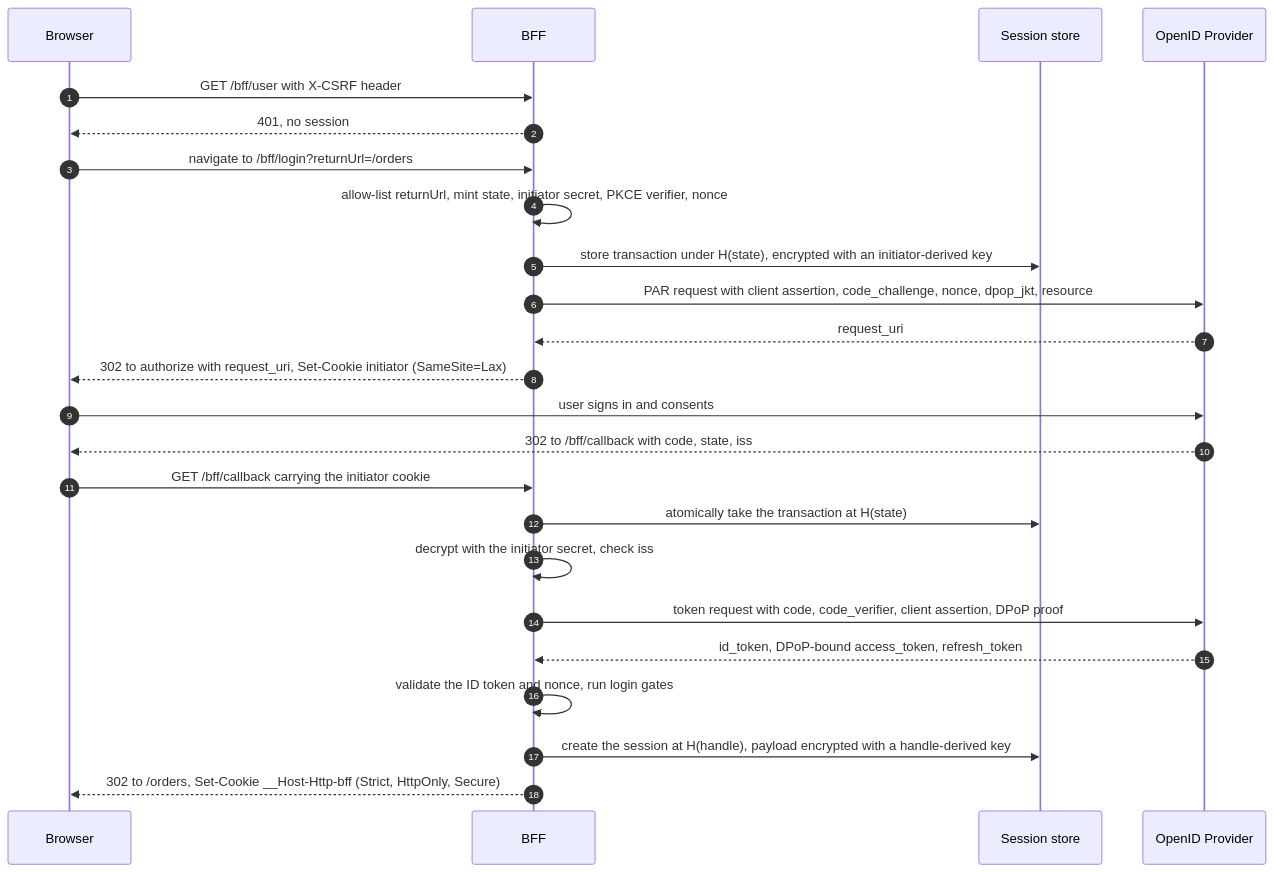
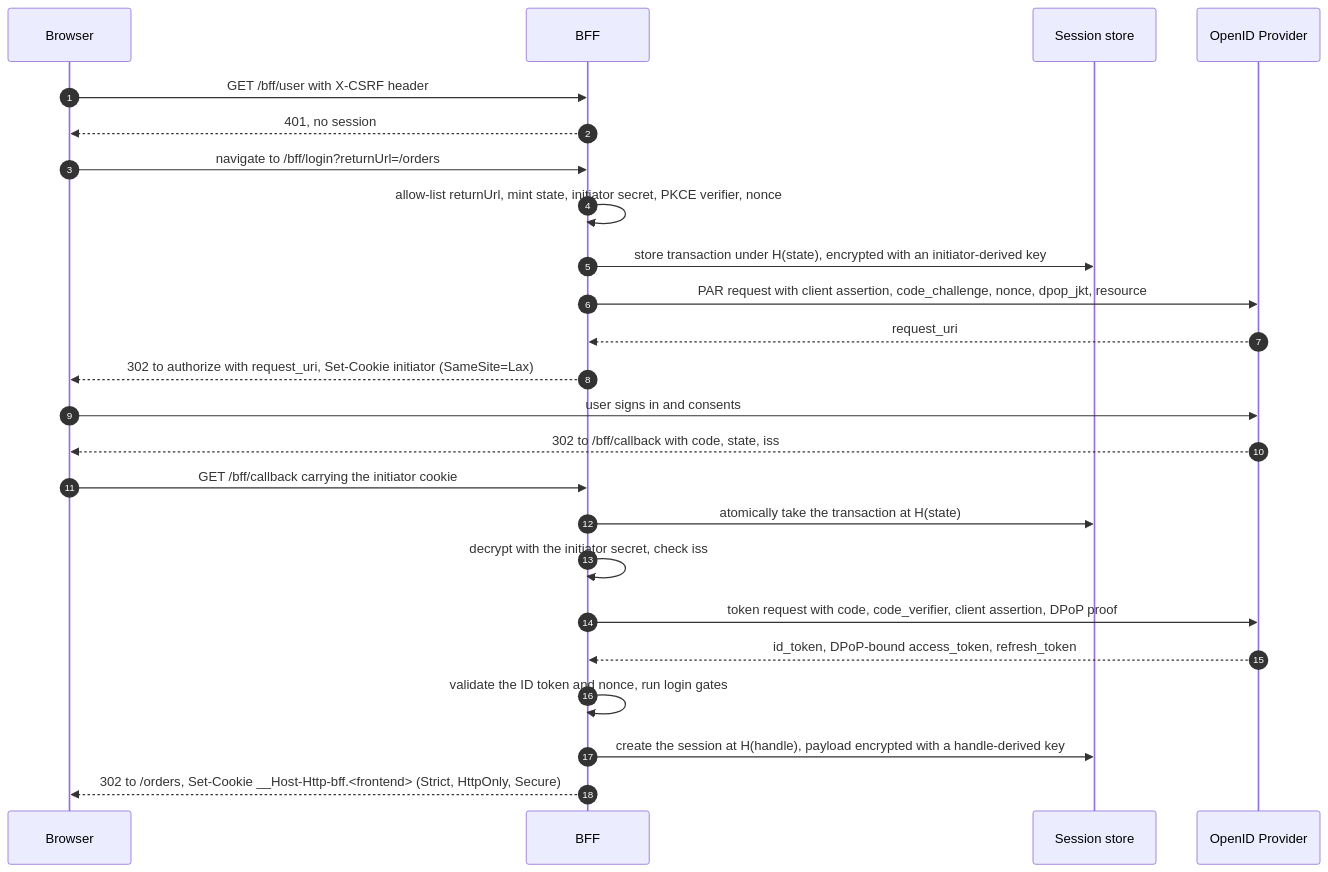
The third of 4 diagrams in docs/backend-for-frontend.md (NCodeGroup/Identity), drawn with Mermaid before and after one commit. The commit also changed other lines of this file and 146 other files, not shown here.

````diff
--- a/docs/backend-for-frontend.md
+++ b/docs/backend-for-frontend.md
@@ -372,26 +378,26 @@
 ```mermaid
 sequenceDiagram
     autonumber
     participant B as Browser
     participant F as BFF
     participant S as Session store
     participant O as OpenID Provider
     B->>F: GET /bff/user with X-CSRF header
     F-->>B: 401, no session
     B->>F: navigate to /bff/login?returnUrl=/orders
     F->>F: allow-list returnUrl, mint state, initiator secret, PKCE verifier, nonce
     F->>S: store transaction under H(state), encrypted with an initiator-derived key
     F->>O: PAR request with client assertion, code_challenge, nonce, dpop_jkt, resource
     O-->>F: request_uri
     F-->>B: 302 to authorize with request_uri, Set-Cookie initiator (SameSite=Lax)
     B->>O: user signs in and consents
     O-->>B: 302 to /bff/callback with code, state, iss
     B->>F: GET /bff/callback carrying the initiator cookie
     F->>S: atomically take the transaction at H(state)
     F->>F: decrypt with the initiator secret, check iss
     F->>O: token request with code, code_verifier, client assertion, DPoP proof
     O-->>F: id_token, DPoP-bound access_token, refresh_token
     F->>F: validate the ID token and nonce, run login gates
     F->>S: create the session at H(handle), payload encrypted with a handle-derived key
-    F-->>B: 302 to /orders, Set-Cookie __Host-Http-bff (Strict, HttpOnly, Secure)
+    F-->>B: 302 to /orders, Set-Cookie __Host-Http-bff.<frontend> (Strict, HttpOnly, Secure)
 ```
````
